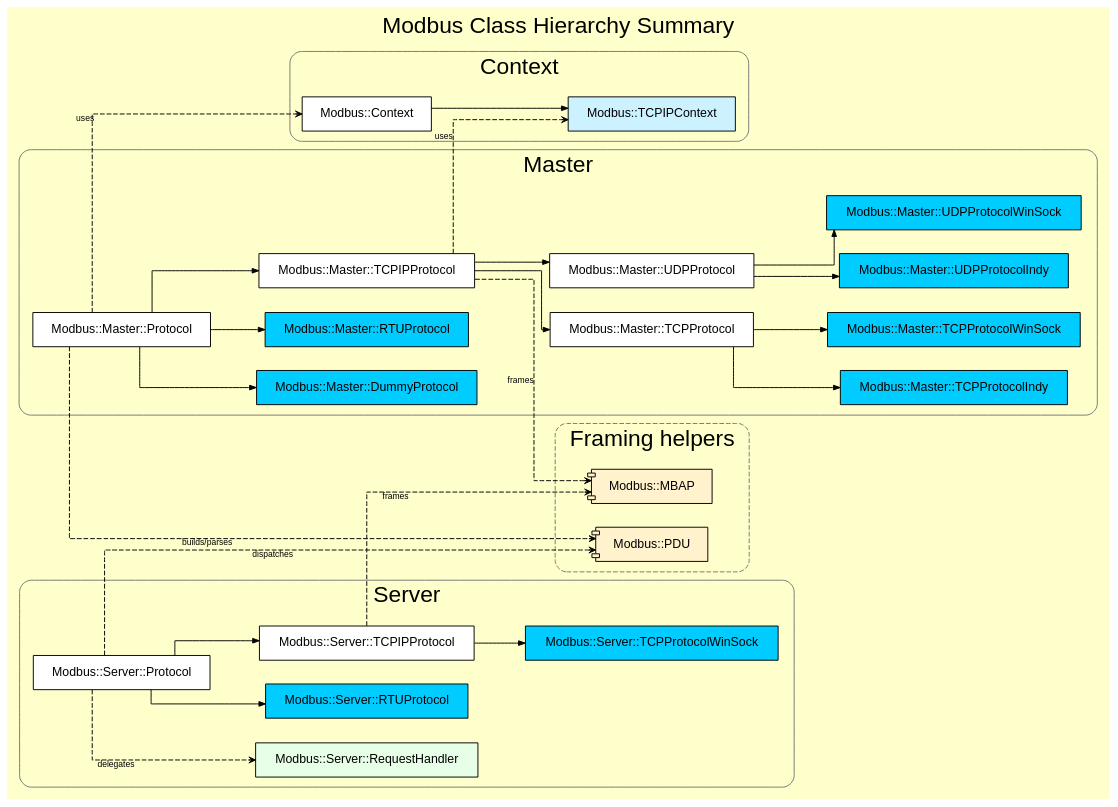
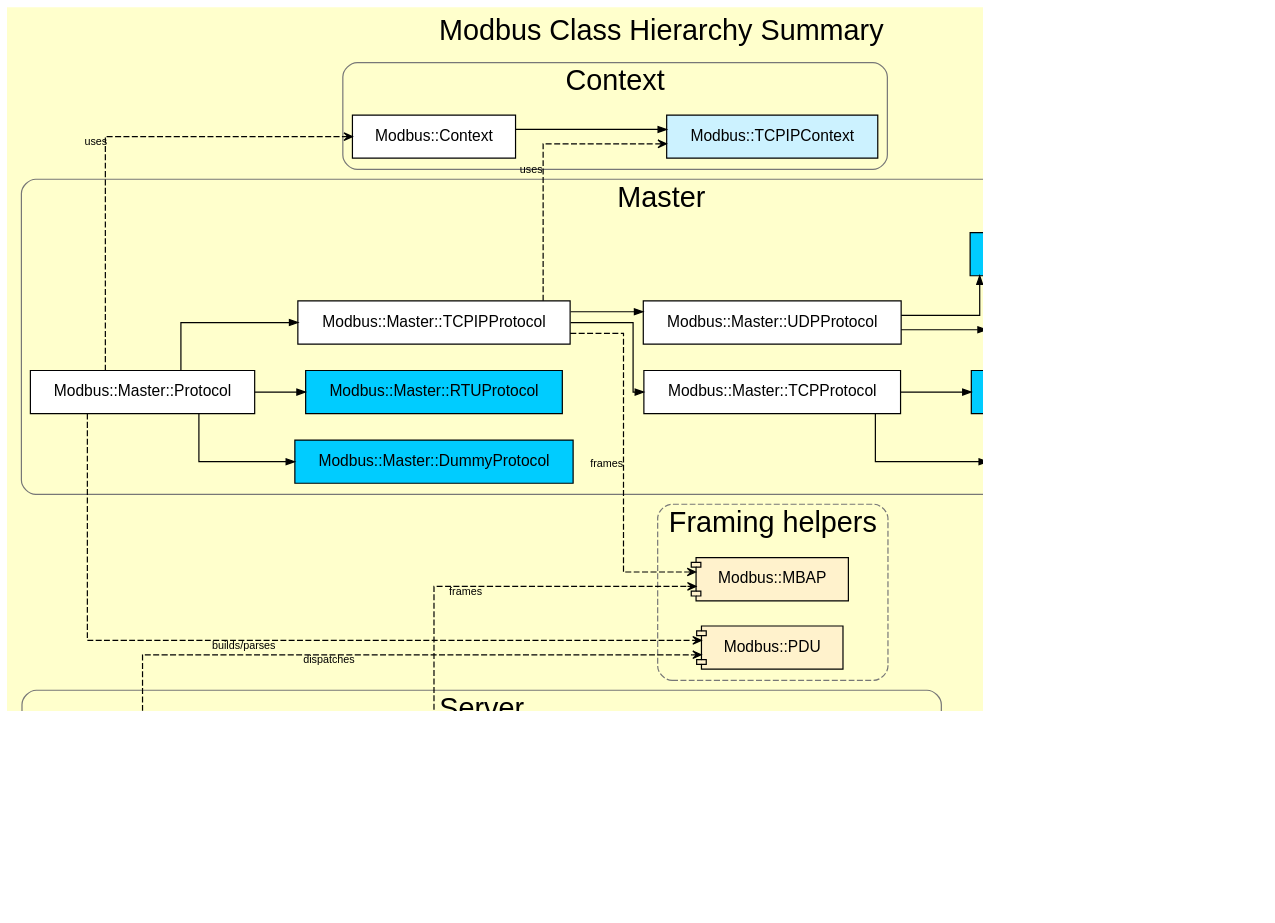
The diagram in Images/ClassHierarchy.dot (gcardi/Modbus), drawn with Graphviz before and after one commit. The commit also changed 2 other files, not shown here.

Commit message:
docs: cap class hierarchy diagram size and publish site update

```diff
--- a/Images/ClassHierarchy.dot
+++ b/Images/ClassHierarchy.dot
@@ -1,104 +1,105 @@
 digraph ClassHierarchy {
   graph [
     label="Modbus Class Hierarchy Summary",
     labelloc=t,
     fontsize=24,
     fontname="Arial",
     rankdir=LR,
-    size="16,11!",
+    size="10.67,7.33!",
+    dpi=96,
     ratio=fill,
     splines=ortho,
     nodesep=0.28,
     ranksep=0.45,
     bgcolor="#ffffcc"
   ];
 
   node [
     shape=box,
     style="filled",
     fillcolor="#ffffff",
     color="#000000",
     fontname="Arial",
     fontsize=13,
     margin="0.24,0.14"
   ];
 
   edge [
     color="#000000",
     arrowsize=0.7,
     fontname="Arial",
     fontsize=9
   ];
 
   subgraph cluster_context {
     label="Context";
     color="#777777";
     style="rounded";
 
     context [label="Modbus::Context"];
     tcpip_context [label="Modbus::TCPIPContext", fillcolor="#ccf2ff"];
 
     context -> tcpip_context;
   }
 
   subgraph cluster_master {
     label="Master";
     color="#777777";
     style="rounded";
 
     master_protocol [label="Modbus::Master::Protocol"];
     master_dummy [label="Modbus::Master::DummyProtocol", fillcolor="#00ccff"];
     master_rtu [label="Modbus::Master::RTUProtocol", fillcolor="#00ccff"];
     master_tcpip [label="Modbus::Master::TCPIPProtocol"];
     master_tcp [label="Modbus::Master::TCPProtocol"];
     master_udp [label="Modbus::Master::UDPProtocol"];
     master_tcp_indy [label="Modbus::Master::TCPProtocolIndy", fillcolor="#00ccff"];
     master_tcp_winsock [label="Modbus::Master::TCPProtocolWinSock", fillcolor="#00ccff"];
     master_udp_indy [label="Modbus::Master::UDPProtocolIndy", fillcolor="#00ccff"];
     master_udp_winsock [label="Modbus::Master::UDPProtocolWinSock", fillcolor="#00ccff"];
 
     master_protocol -> master_dummy;
     master_protocol -> master_rtu;
     master_protocol -> master_tcpip;
     master_tcpip -> master_tcp;
     master_tcpip -> master_udp;
     master_tcp -> master_tcp_indy;
     master_tcp -> master_tcp_winsock;
     master_udp -> master_udp_indy;
     master_udp -> master_udp_winsock;
   }
 
   subgraph cluster_server {
     label="Server";
     color="#777777";
     style="rounded";
 
     server_handler [label="Modbus::Server::RequestHandler", fillcolor="#e6ffe6"];
     server_protocol [label="Modbus::Server::Protocol"];
     server_rtu [label="Modbus::Server::RTUProtocol", fillcolor="#00ccff"];
     server_tcpip [label="Modbus::Server::TCPIPProtocol"];
     server_tcp_winsock [label="Modbus::Server::TCPProtocolWinSock", fillcolor="#00ccff"];
 
     server_protocol -> server_rtu;
     server_protocol -> server_tcpip;
     server_tcpip -> server_tcp_winsock;
   }
 
   subgraph cluster_helpers {
     label="Framing helpers";
     color="#777777";
     style="rounded,dashed";
 
     pdu [label="Modbus::PDU", shape=component, fillcolor="#fff2cc"];
     mbap [label="Modbus::MBAP", shape=component, fillcolor="#fff2cc"];
   }
 
   master_protocol -> context [style=dashed, arrowhead=open, xlabel="uses"];
   master_tcpip -> tcpip_context [style=dashed, arrowhead=open, xlabel="uses"];
   server_protocol -> server_handler [style=dashed, arrowhead=open, xlabel="delegates"];
 
   master_protocol -> pdu [style=dashed, arrowhead=open, xlabel="builds/parses"];
   server_protocol -> pdu [style=dashed, arrowhead=open, xlabel="dispatches"];
   master_tcpip -> mbap [style=dashed, arrowhead=open, xlabel="frames"];
   server_tcpip -> mbap [style=dashed, arrowhead=open, xlabel="frames"];
 }
```
